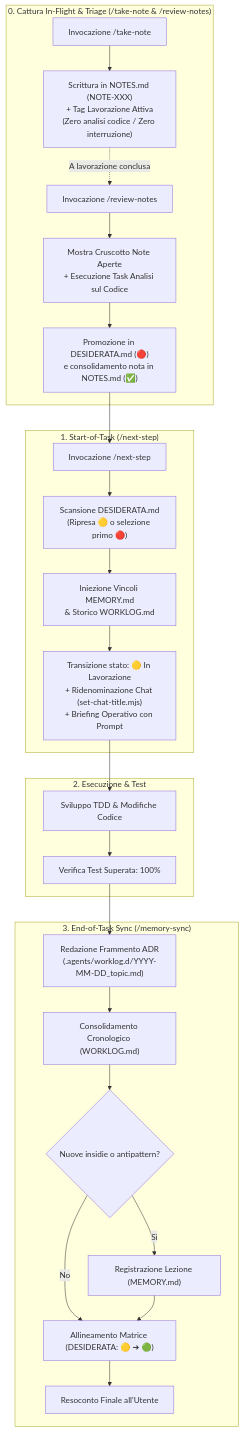
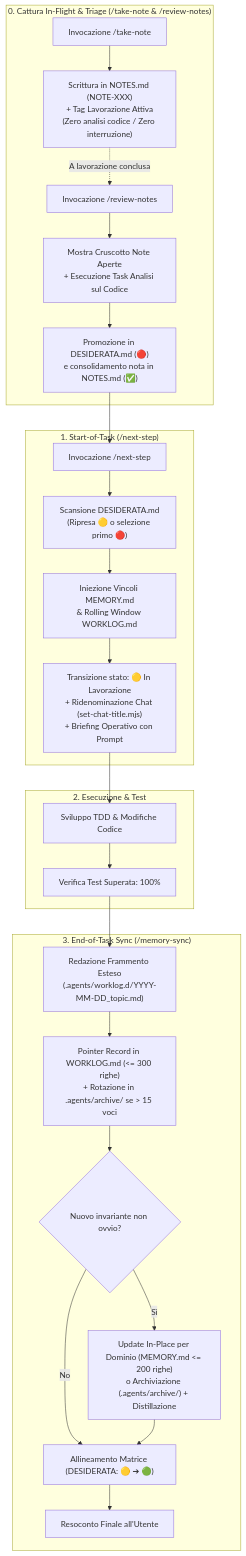
Before and after one commit to alessandroame/antigravity-plugins: the diagram in plugins/cognitive-persistence/README.md, drawn with Mermaid. The commit also changed other lines of this file and 10 other files, not shown here.

Commit message:
feat(cognitive-persistence): enforce anti-bloat governance for MEMORY.md and rolling window pointer index for WORKLOG.md (v1.3.0)

````diff
--- a/plugins/cognitive-persistence/README.md
+++ b/plugins/cognitive-persistence/README.md
@@ -72,31 +74,31 @@
 ```mermaid
 flowchart TD
     subgraph InFlight ["0. Cattura In-Flight & Triage (/take-note & /review-notes)"]
         N1["Invocazione /take-note <testo>"] --> N2["Scrittura in NOTES.md (NOTE-XXX)<br/>+ Tag Lavorazione Attiva<br/>(Zero analisi codice / Zero interruzione)"]
         N2 -. "A lavorazione conclusa" .-> N3["Invocazione /review-notes"]
         N3 --> N4["Mostra Cruscotto Note Aperte<br/>+ Esecuzione Task Analisi sul Codice"]
         N4 --> N5["Promozione in DESIDERATA.md (🔴)<br/>e consolidamento nota in NOTES.md (✅)"]
     end
 
     subgraph Avvio ["1. Start-of-Task (/next-step)"]
         N5 --> A["Invocazione /next-step"]
         A --> B["Scansione DESIDERATA.md<br/>(Ripresa 🟡 o selezione primo 🔴)"]
-        B --> C["Iniezione Vincoli MEMORY.md<br/>& Storico WORKLOG.md"]
+        B --> C["Iniezione Vincoli MEMORY.md<br/>& Rolling Window WORKLOG.md"]
         C --> D["Transizione stato: 🟡 In Lavorazione<br/>+ Ridenominazione Chat (set-chat-title.mjs)<br/>+ Briefing Operativo con Prompt"]
     end
 
     subgraph Sviluppo ["2. Esecuzione & Test"]
         D --> E["Sviluppo TDD & Modifiche Codice"]
         E --> F["Verifica Test Superata: 100%"]
     end
 
     subgraph Chiusura ["3. End-of-Task Sync (/memory-sync)"]
-        F --> G["Redazione Frammento ADR<br/>(.agents/worklog.d/YYYY-MM-DD_topic.md)"]
-        G --> H["Consolidamento Cronologico (WORKLOG.md)"]
-        H --> I{"Nuove insidie o antipattern?"}
-        I -- Sì --> L["Registrazione Lezione (MEMORY.md)"]
+        F --> G["Redazione Frammento Esteso<br/>(.agents/worklog.d/YYYY-MM-DD_topic.md)"]
+        G --> H["Pointer Record in WORKLOG.md (<= 300 righe)<br/>+ Rotazione in .agents/archive/ se > 15 voci"]
+        H --> I{"Nuovo invariante non ovvio?"}
+        I -- Sì --> L["Update In-Place per Dominio (MEMORY.md <= 200 righe)<br/>o Archiviazione (.agents/archive/) + Distillazione"]
         I -- No --> M["Allineamento Matrice (DESIDERATA: 🟡 ➔ 🟢)"]
         L --> M
         M --> N["Resoconto Finale all'Utente"]
     end
 ```
````
